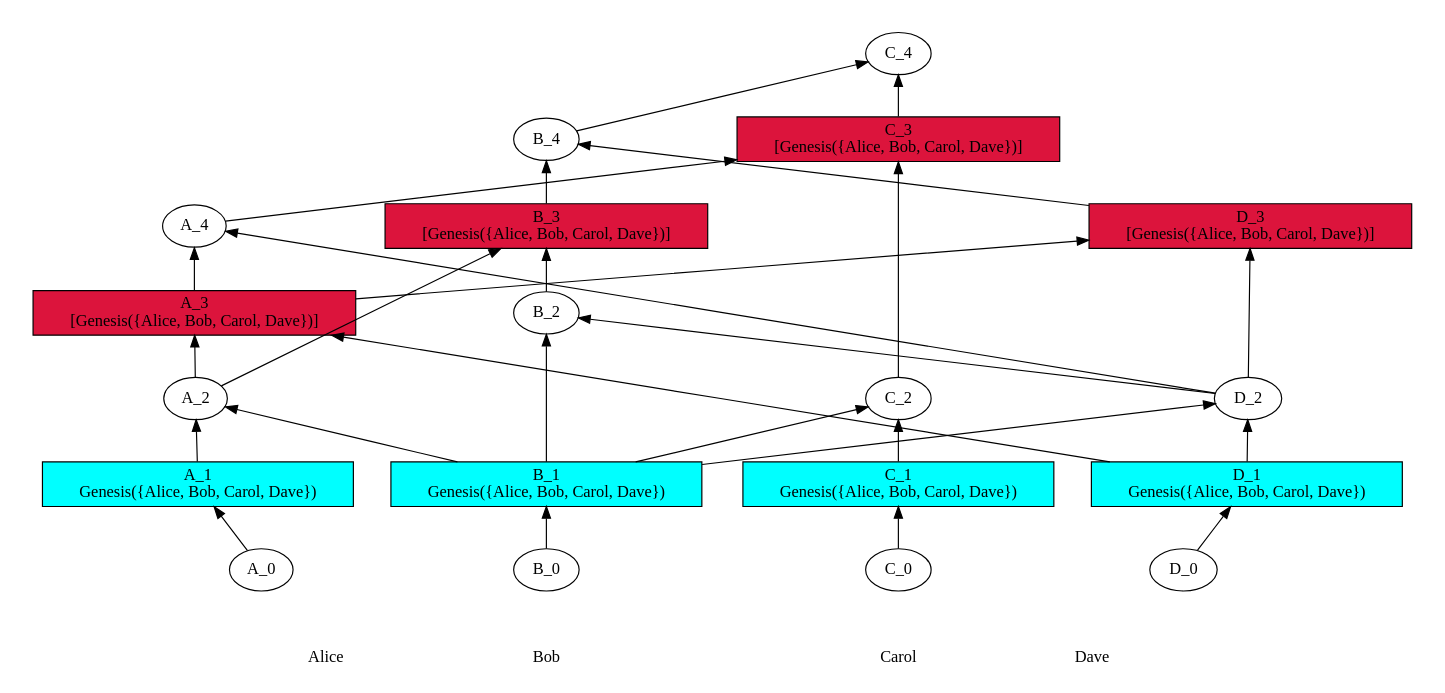
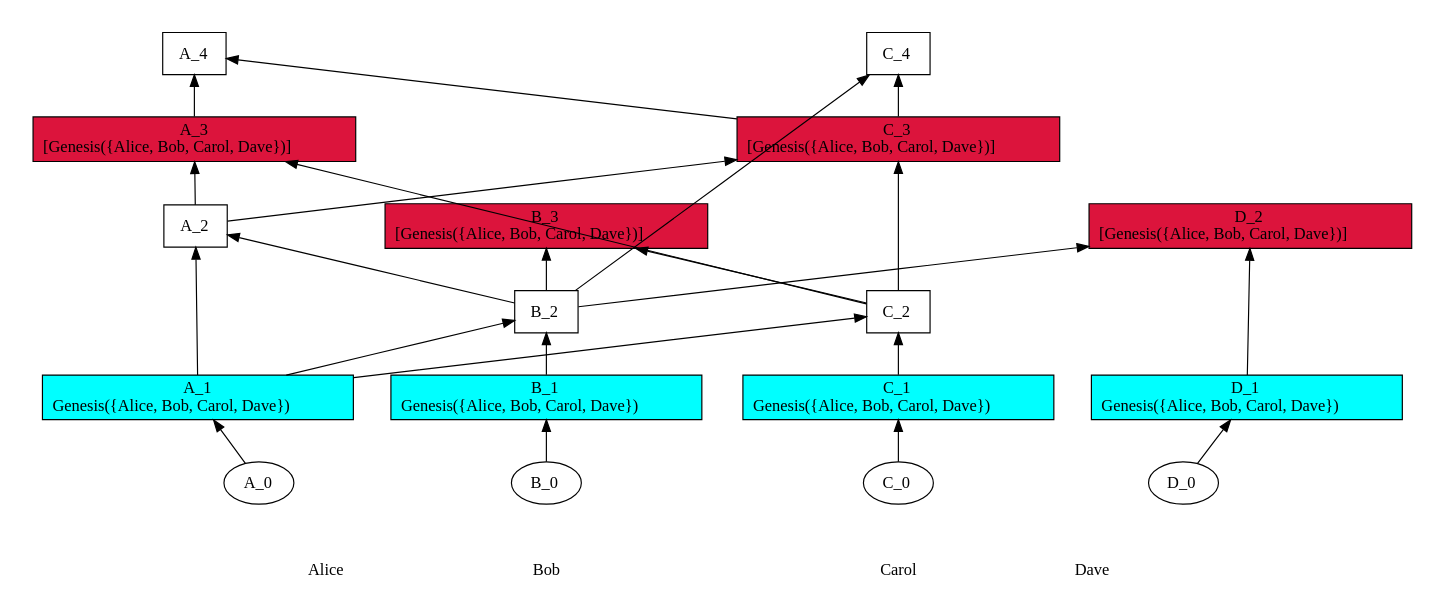
The diagram in input_graphs/parsec_functional_tests_handle_malice_invalid_accusation/carol.dot (u-amine/parsec), drawn with Graphviz before and after one commit. The commit also changed 26 other files, not shown here.

```diff
--- a/input_graphs/parsec_functional_tests_handle_malice_invalid_accusation/carol.dot
+++ b/input_graphs/parsec_functional_tests_handle_malice_invalid_accusation/carol.dot
@@ -1,204 +1,260 @@
+/// our_id: Carol
+/// peer_list: {
+///   Alice; PeerState(VOTE|SEND|RECV); peers: {Alice, Bob, Carol, Dave}
+///   Bob; PeerState(VOTE|SEND|RECV); peers: {Alice, Bob, Carol, Dave}
+///   Carol; PeerState(VOTE|SEND|RECV); peers: {}
+///   Dave; PeerState(VOTE|SEND|RECV); peers: {Alice, Bob, Carol, Dave}
+/// }
 digraph GossipGraph {
   splines=false
   rankdir=BT
-/// our_id: Carol
-/// peer_states: {Alice: "PeerState(VOTE|SEND|RECV)", Bob: "PeerState(VOTE|SEND|RECV)", Carol: "PeerState(VOTE|SEND|RECV)", Dave: "PeerState(VOTE|SEND|RECV)"}
-/// { 098c1440cc..
-/// cause: Response
-/// interesting_content: [Genesis({Alice, Bob, Carol, Dave})]
-/// last_ancestors: {Alice: 2, Bob: 3, Dave: 2}
-/// }
-/// { 30d7e4394d..
-/// cause: Initial
-/// interesting_content: []
-/// last_ancestors: {Alice: 0}
-/// }
-/// { 3105bde98a..
-/// cause: Response
-/// interesting_content: [Genesis({Alice, Bob, Carol, Dave})]
-/// last_ancestors: {Alice: 3, Bob: 1, Dave: 3}
-/// }
-/// { 36099e4269..
-/// cause: Observation(Genesis({Alice, Bob, Carol, Dave}))
-/// interesting_content: []
-/// last_ancestors: {Carol: 1}
-/// }
-/// { 4541f98755..
-/// cause: Initial
-/// interesting_content: []
-/// last_ancestors: {Dave: 0}
-/// }
-/// { 4c1a48932a..
-/// cause: Response
-/// interesting_content: []
-/// last_ancestors: {Bob: 2, Dave: 2}
-/// }
-/// { 59735e66d0..
-/// cause: Request
-/// interesting_content: []
-/// last_ancestors: {Alice: 4, Bob: 1, Dave: 2}
-/// }
-/// { 682aa6684e..
-/// cause: Observation(Genesis({Alice, Bob, Carol, Dave}))
-/// interesting_content: []
-/// last_ancestors: {Bob: 1}
-/// }
-/// { 80b9b8f122..
-/// cause: Request
-/// interesting_content: []
-/// last_ancestors: {Alice: 2, Bob: 1}
-/// }
-/// { 8158ee7022..
-/// cause: Request
-/// interesting_content: []
-/// last_ancestors: {Alice: 4, Bob: 4, Carol: 4, Dave: 3}
-/// }
-/// { 83dc5a58b7..
-/// cause: Request
-/// interesting_content: [Genesis({Alice, Bob, Carol, Dave})]
-/// last_ancestors: {Alice: 3, Bob: 1, Dave: 1}
-/// }
-/// { 9b85359b6d..
-/// cause: Request
-/// interesting_content: []
-/// last_ancestors: {Alice: 3, Bob: 4, Dave: 3}
-/// }
-/// { af91fcff5e..
-/// cause: Observation(Genesis({Alice, Bob, Carol, Dave}))
-/// interesting_content: []
-/// last_ancestors: {Dave: 1}
-/// }
-/// { bd0fe471c9..
-/// cause: Request
-/// interesting_content: [Genesis({Alice, Bob, Carol, Dave})]
-/// last_ancestors: {Alice: 4, Bob: 1, Carol: 3, Dave: 2}
-/// }
-/// { dc8296fe22..
-/// cause: Initial
-/// interesting_content: []
-/// last_ancestors: {Bob: 0}
-/// }
-/// { e2873d8612..
-/// cause: Observation(Genesis({Alice, Bob, Carol, Dave}))
-/// interesting_content: []
-/// last_ancestors: {Alice: 1}
-/// }
-/// { eedba06154..
-/// cause: Request
-/// interesting_content: []
-/// last_ancestors: {Bob: 1, Dave: 2}
-/// }
-/// { fa13ad61fd..
-/// cause: Initial
-/// interesting_content: []
-/// last_ancestors: {Carol: 0}
-/// }
-/// { fbb0f444d5..
-/// cause: Request
-/// interesting_content: []
-/// last_ancestors: {Bob: 1, Carol: 2}
-/// }
-    style=invis
+
+  style=invis
   subgraph cluster_Alice {
     label=Alice
     Alice [style=invis]
-    Alice -> "30d7e4394d.." [style=invis]
-    "30d7e4394d.." -> "e2873d8612.." [minlen=1]
-    "e2873d8612.." -> "80b9b8f122.." [minlen=1]
-    "80b9b8f122.." -> "83dc5a58b7.." [minlen=1]
-    "83dc5a58b7.." -> "59735e66d0.." [minlen=1]
+    "Alice" -> "A_0" [style=invis]
+    "A_0" -> "A_1" [minlen=1]
+    "A_1" -> "A_2" [minlen=2]
+    "A_2" -> "A_3" [minlen=1]
+    "A_3" -> "A_4" [minlen=1]
+  }
+  "B_2" -> "A_2" [constraint=false]
+  "C_2" -> "A_3" [constraint=false]
+  "C_3" -> "A_4" [constraint=false]
 
+  style=invis
+  subgraph cluster_Bob {
+    label=Bob
+    Bob [style=invis]
+    "Bob" -> "B_0" [style=invis]
+    "B_0" -> "B_1" [minlen=1]
+    "B_1" -> "B_2" [minlen=1]
+    "B_2" -> "B_3" [minlen=1]
   }
-  "682aa6684e.." -> "80b9b8f122.." [constraint=false]
-  "af91fcff5e.." -> "83dc5a58b7.." [constraint=false]
-  "eedba06154.." -> "59735e66d0.." [constraint=false]
+  "A_1" -> "B_2" [constraint=false]
+  "C_2" -> "B_3" [constraint=false]
 
-    style=invis
+  style=invis
+  subgraph cluster_Carol {
+    label=Carol
+    Carol [style=invis]
+    "Carol" -> "C_0" [style=invis]
+    "C_0" -> "C_1" [minlen=1]
+    "C_1" -> "C_2" [minlen=1]
+    "C_2" -> "C_3" [minlen=2]
+    "C_3" -> "C_4" [minlen=1]
+  }
+  "A_1" -> "C_2" [constraint=false]
+  "A_2" -> "C_3" [constraint=false]
+  "B_2" -> "C_4" [constraint=false]
+
+  style=invis
   subgraph cluster_Dave {
     label=Dave
     Dave [style=invis]
-    Dave -> "4541f98755.." [style=invis]
-    "4541f98755.." -> "af91fcff5e.." [minlen=1]
-    "af91fcff5e.." -> "eedba06154.." [minlen=1]
-    "eedba06154.." -> "3105bde98a.." [minlen=2]
-
+    "Dave" -> "D_0" [style=invis]
+    "D_0" -> "D_1" [minlen=1]
+    "D_1" -> "D_2" [minlen=2]
   }
-  "682aa6684e.." -> "eedba06154.." [constraint=false]
-  "83dc5a58b7.." -> "3105bde98a.." [constraint=false]
-
-    style=invis
-  subgraph cluster_Bob {
-    label=Bob
-    Bob [style=invis]
-    Bob -> "dc8296fe22.." [style=invis]
-    "dc8296fe22.." -> "682aa6684e.." [minlen=1]
-    "682aa6684e.." -> "4c1a48932a.." [minlen=2]
-    "4c1a48932a.." -> "098c1440cc.." [minlen=1]
-    "098c1440cc.." -> "9b85359b6d.." [minlen=1]
-
-  }
-  "eedba06154.." -> "4c1a48932a.." [constraint=false]
-  "80b9b8f122.." -> "098c1440cc.." [constraint=false]
-  "3105bde98a.." -> "9b85359b6d.." [constraint=false]
-
-    style=invis
-  subgraph cluster_Carol {
-    label=Carol
-    Carol [style=invis]
-    Carol -> "fa13ad61fd.." [style=invis]
-    "fa13ad61fd.." -> "36099e4269.." [minlen=1]
-    "36099e4269.." -> "fbb0f444d5.." [minlen=1]
-    "fbb0f444d5.." -> "bd0fe471c9.." [minlen=3]
-    "bd0fe471c9.." -> "8158ee7022.." [minlen=1]
-
-  }
-  "682aa6684e.." -> "fbb0f444d5.." [constraint=false]
-  "59735e66d0.." -> "bd0fe471c9.." [constraint=false]
-  "9b85359b6d.." -> "8158ee7022.." [constraint=false]
-
-/// meta-vote section
- "098c1440cc.." [fillcolor=white, label="B_3
-[Genesis({Alice, Bob, Carol, Dave})]"]
- "098c1440cc.." [shape=rectangle, style=filled, fillcolor=crimson]
- "30d7e4394d.." [fillcolor=white, label="A_0"]
- "3105bde98a.." [fillcolor=white, label="D_3
-[Genesis({Alice, Bob, Carol, Dave})]"]
- "3105bde98a.." [shape=rectangle, style=filled, fillcolor=crimson]
- "36099e4269.." [fillcolor=white, label="C_1
-Genesis({Alice, Bob, Carol, Dave})"]
- "36099e4269.." [shape=rectangle, style=filled, fillcolor=cyan]
- "4541f98755.." [fillcolor=white, label="D_0"]
- "4c1a48932a.." [fillcolor=white, label="B_2"]
- "59735e66d0.." [fillcolor=white, label="A_4"]
- "682aa6684e.." [fillcolor=white, label="B_1
-Genesis({Alice, Bob, Carol, Dave})"]
- "682aa6684e.." [shape=rectangle, style=filled, fillcolor=cyan]
- "80b9b8f122.." [fillcolor=white, label="A_2"]
- "8158ee7022.." [fillcolor=white, label="C_4"]
- "83dc5a58b7.." [fillcolor=white, label="A_3
-[Genesis({Alice, Bob, Carol, Dave})]"]
- "83dc5a58b7.." [shape=rectangle, style=filled, fillcolor=crimson]
- "9b85359b6d.." [fillcolor=white, label="B_4"]
- "af91fcff5e.." [fillcolor=white, label="D_1
-Genesis({Alice, Bob, Carol, Dave})"]
- "af91fcff5e.." [shape=rectangle, style=filled, fillcolor=cyan]
- "bd0fe471c9.." [fillcolor=white, label="C_3
-[Genesis({Alice, Bob, Carol, Dave})]"]
- "bd0fe471c9.." [shape=rectangle, style=filled, fillcolor=crimson]
- "dc8296fe22.." [fillcolor=white, label="B_0"]
- "e2873d8612.." [fillcolor=white, label="A_1
-Genesis({Alice, Bob, Carol, Dave})"]
- "e2873d8612.." [shape=rectangle, style=filled, fillcolor=cyan]
- "eedba06154.." [fillcolor=white, label="D_2"]
- "fa13ad61fd.." [fillcolor=white, label="C_0"]
- "fbb0f444d5.." [fillcolor=white, label="C_2"]
+  "B_2" -> "D_2" [constraint=false]
 
   {
     rank=same
     Alice [style=filled, color=white]
-    Dave [style=filled, color=white]
     Bob [style=filled, color=white]
     Carol [style=filled, color=white]
+    Dave [style=filled, color=white]
   }
   Alice -> Bob -> Carol -> Dave [style=invis]
+
+/// ===== details of events =====
+  "A_0" [fillcolor=white, label=<<table border="0" cellborder="0" cellpadding="0" cellspacing="0">
+<tr><td colspan="6">A_0</td></tr>
+</table>>]
+/// cause: Initial
+/// last_ancestors: {Alice: 0}
+
+  "A_1" [style=filled, fillcolor=cyan, shape=rectangle, label=<<table border="0" cellborder="0" cellpadding="0" cellspacing="0">
+<tr><td colspan="6">A_1</td></tr>
+<tr><td colspan="6">Genesis({Alice, Bob, Carol, Dave})</td></tr>
+</table>>]
+/// cause: Observation(Genesis({Alice, Bob, Carol, Dave}))
+/// last_ancestors: {Alice: 1}
+
+  "A_2" [fillcolor=white, shape=rectangle, label=<<table border="0" cellborder="0" cellpadding="0" cellspacing="0">
+<tr><td colspan="6">A_2</td></tr>
+</table>>]
+/// cause: Response
+/// last_ancestors: {Alice: 2, Bob: 2}
+
+  "A_3" [style=filled, fillcolor=crimson, shape=rectangle, label=<<table border="0" cellborder="0" cellpadding="0" cellspacing="0">
+<tr><td colspan="6">A_3</td></tr>
+<tr><td colspan="6">[Genesis({Alice, Bob, Carol, Dave})]</td></tr></table>>]
+/// cause: Response
+/// last_ancestors: {Alice: 3, Bob: 2, Carol: 2}
+
+  "A_4" [fillcolor=white, shape=rectangle, label=<<table border="0" cellborder="0" cellpadding="0" cellspacing="0">
+<tr><td colspan="6">A_4</td></tr>
+</table>>]
+/// cause: Response
+/// last_ancestors: {Alice: 4, Bob: 2, Carol: 3}
+
+  "B_0" [fillcolor=white, label=<<table border="0" cellborder="0" cellpadding="0" cellspacing="0">
+<tr><td colspan="6">B_0</td></tr>
+</table>>]
+/// cause: Initial
+/// last_ancestors: {Bob: 0}
+
+  "B_1" [style=filled, fillcolor=cyan, shape=rectangle, label=<<table border="0" cellborder="0" cellpadding="0" cellspacing="0">
+<tr><td colspan="6">B_1</td></tr>
+<tr><td colspan="6">Genesis({Alice, Bob, Carol, Dave})</td></tr>
+</table>>]
+/// cause: Observation(Genesis({Alice, Bob, Carol, Dave}))
+/// last_ancestors: {Bob: 1}
+
+  "B_2" [fillcolor=white, shape=rectangle, label=<<table border="0" cellborder="0" cellpadding="0" cellspacing="0">
+<tr><td colspan="6">B_2</td></tr>
+</table>>]
+/// cause: Request
+/// last_ancestors: {Alice: 1, Bob: 2}
+
+  "B_3" [style=filled, fillcolor=crimson, shape=rectangle, label=<<table border="0" cellborder="0" cellpadding="0" cellspacing="0">
+<tr><td colspan="6">B_3</td></tr>
+<tr><td colspan="6">[Genesis({Alice, Bob, Carol, Dave})]</td></tr></table>>]
+/// cause: Request
+/// last_ancestors: {Alice: 1, Bob: 3, Carol: 2}
+
+  "C_0" [fillcolor=white, label=<<table border="0" cellborder="0" cellpadding="0" cellspacing="0">
+<tr><td colspan="6">C_0</td></tr>
+</table>>]
+/// cause: Initial
+/// last_ancestors: {Carol: 0}
+
+  "C_1" [style=filled, fillcolor=cyan, shape=rectangle, label=<<table border="0" cellborder="0" cellpadding="0" cellspacing="0">
+<tr><td colspan="6">C_1</td></tr>
+<tr><td colspan="6">Genesis({Alice, Bob, Carol, Dave})</td></tr>
+</table>>]
+/// cause: Observation(Genesis({Alice, Bob, Carol, Dave}))
+/// last_ancestors: {Carol: 1}
+
+  "C_2" [fillcolor=white, shape=rectangle, label=<<table border="0" cellborder="0" cellpadding="0" cellspacing="0">
+<tr><td colspan="6">C_2</td></tr>
+</table>>]
+/// cause: Request
+/// last_ancestors: {Alice: 1, Carol: 2}
+
+  "C_3" [style=filled, fillcolor=crimson, shape=rectangle, label=<<table border="0" cellborder="0" cellpadding="0" cellspacing="0">
+<tr><td colspan="6">C_3</td></tr>
+<tr><td colspan="6">[Genesis({Alice, Bob, Carol, Dave})]</td></tr></table>>]
+/// cause: Request
+/// last_ancestors: {Alice: 2, Bob: 2, Carol: 3}
+
+  "C_4" [fillcolor=white, shape=rectangle, label=<<table border="0" cellborder="0" cellpadding="0" cellspacing="0">
+<tr><td colspan="6">C_4</td></tr>
+</table>>]
+/// cause: Request
+/// last_ancestors: {Alice: 2, Bob: 2, Carol: 4}
+
+  "D_0" [fillcolor=white, label=<<table border="0" cellborder="0" cellpadding="0" cellspacing="0">
+<tr><td colspan="6">D_0</td></tr>
+</table>>]
+/// cause: Initial
+/// last_ancestors: {Dave: 0}
+
+  "D_1" [style=filled, fillcolor=cyan, shape=rectangle, label=<<table border="0" cellborder="0" cellpadding="0" cellspacing="0">
+<tr><td colspan="6">D_1</td></tr>
+<tr><td colspan="6">Genesis({Alice, Bob, Carol, Dave})</td></tr>
+</table>>]
+/// cause: Observation(Genesis({Alice, Bob, Carol, Dave}))
+/// last_ancestors: {Dave: 1}
+
+  "D_2" [style=filled, fillcolor=crimson, shape=rectangle, label=<<table border="0" cellborder="0" cellpadding="0" cellspacing="0">
+<tr><td colspan="6">D_2</td></tr>
+<tr><td colspan="6">[Genesis({Alice, Bob, Carol, Dave})]</td></tr></table>>]
+/// cause: Request
+/// last_ancestors: {Alice: 1, Bob: 2, Dave: 2}
+
 }
+
+/// ===== meta-elections =====
+/// consensus_history:
+
+/// MetaElectionHandle(CURRENT)
+/// consensus_len: 0
+/// round_hashes: {
+///   Alice -> [
+///     RoundHash { round: 0, latest_block_hash: 0000000000000000000000000000000000000000000000000000000000000000 }
+///   ]
+///   Bob -> [
+///     RoundHash { round: 0, latest_block_hash: 0000000000000000000000000000000000000000000000000000000000000000 }
+///   ]
+///   Carol -> [
+///     RoundHash { round: 0, latest_block_hash: 0000000000000000000000000000000000000000000000000000000000000000 }
+///   ]
+///   Dave -> [
+///     RoundHash { round: 0, latest_block_hash: 0000000000000000000000000000000000000000000000000000000000000000 }
+///   ]
+/// }
+/// interesting_events: {
+///   Alice -> ["A_3"]
+///   Bob -> ["B_3"]
+///   Carol -> ["C_3"]
+///   Dave -> ["D_2"]
+/// }
+/// all_voters: {Alice, Bob, Carol, Dave}
+/// undecided_voters: {Alice, Bob, Carol, Dave}
+/// meta_events: {
+///   A_1 -> {
+///     observees: {}
+///     interesting_content: []
+///   }
+///   A_2 -> {
+///     observees: {}
+///     interesting_content: []
+///   }
+///   A_3 -> {
+///     observees: {}
+///     interesting_content: [Genesis({Alice, Bob, Carol, Dave})]
+///   }
+///   A_4 -> {
+///     observees: {}
+///     interesting_content: []
+///   }
+///   B_1 -> {
+///     observees: {}
+///     interesting_content: []
+///   }
+///   B_2 -> {
+///     observees: {}
+///     interesting_content: []
+///   }
+///   B_3 -> {
+///     observees: {}
+///     interesting_content: [Genesis({Alice, Bob, Carol, Dave})]
+///   }
+///   C_1 -> {
+///     observees: {}
+///     interesting_content: []
+///   }
+///   C_2 -> {
+///     observees: {}
+///     interesting_content: []
+///   }
+///   C_3 -> {
+///     observees: {}
+///     interesting_content: [Genesis({Alice, Bob, Carol, Dave})]
+///   }
+///   C_4 -> {
+///     observees: {}
+///     interesting_content: []
+///   }
+///   D_1 -> {
+///     observees: {}
+///     interesting_content: []
+///   }
+///   D_2 -> {
+///     observees: {}
+///     interesting_content: [Genesis({Alice, Bob, Carol, Dave})]
+///   }
+/// }
```
